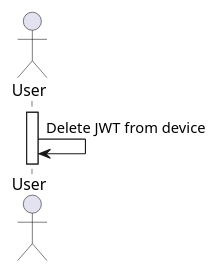
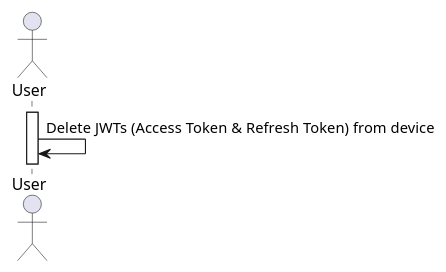
The fourth of 14 diagrams in docs/diagrams/sequence-diagrams/all-sequence-diagrams.puml (jadwalapp/symmetrical-spoon), drawn with PlantUML before and after one commit. The commit also changed other lines of this file and 20 other files, not shown here.

```diff
--- a/docs/diagrams/sequence-diagrams/all-sequence-diagrams.puml
+++ b/docs/diagrams/sequence-diagrams/all-sequence-diagrams.puml
@@ -104,8 +106,8 @@
 @startuml Logout
 actor User
 
 activate User
 
-User -> User : Delete JWT from device
+User -> User : Delete JWTs (Access Token & Refresh Token) from device
 
 @enduml
```
